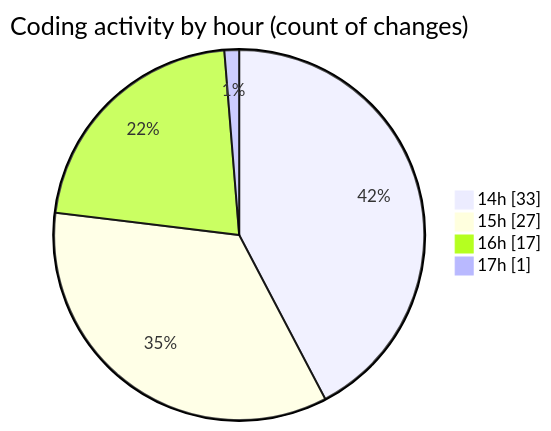
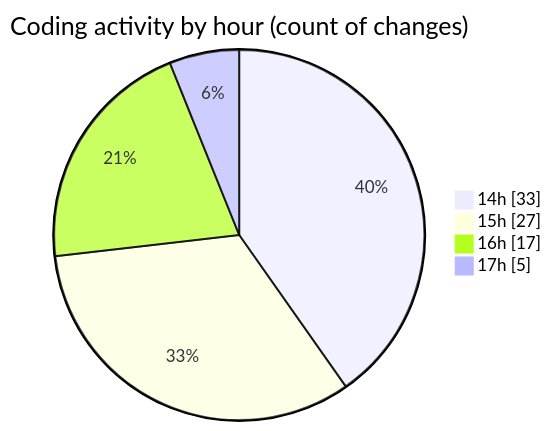
The second of 2 diagrams in 2026-03-04/shadcn-admin-kit-main__workspace_/README.md (jadenblack/code-tracking), drawn with Mermaid before and after one commit. The commit also changed other lines of this file and 1 other file, not shown here.

````diff
--- a/2026-03-04/shadcn-admin-kit-main__workspace_/README.md
+++ b/2026-03-04/shadcn-admin-kit-main__workspace_/README.md
@@ -65,8 +66,8 @@
 ```mermaid
 pie showData
 title Coding activity by hour (count of changes)
 "14h" : 33
 "15h" : 27
 "16h" : 17
-"17h" : 1
+"17h" : 5
 ```
````
